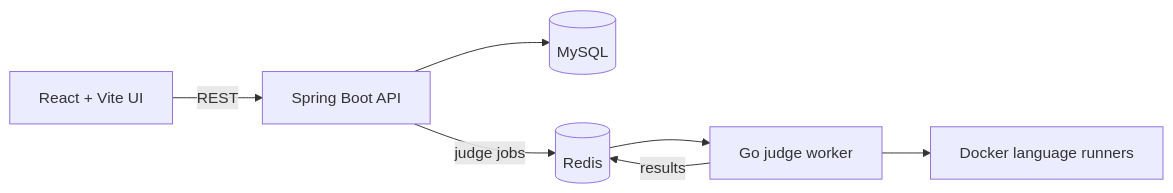
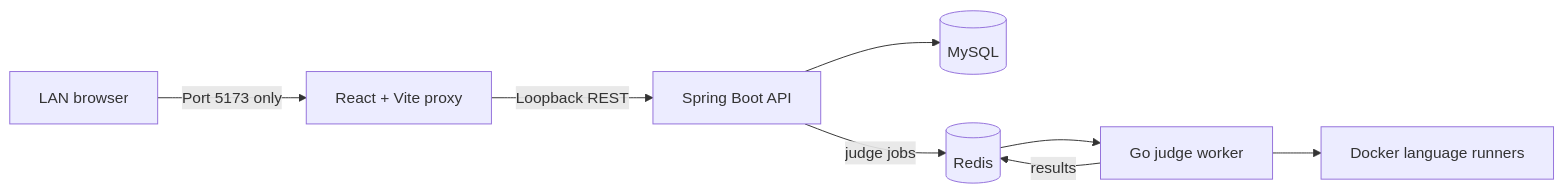
Before and after one commit to Aditya01237/CodeForge: the diagram in README.md, drawn with Mermaid. The commit also changed other lines of this file and 79 other files, not shown here.

````diff
--- a/README.md
+++ b/README.md
@@ -25,9 +29,10 @@
 ```mermaid
 flowchart LR
-    UI[React + Vite UI] -->|REST| API[Spring Boot API]
+    Client[LAN browser] -->|Port 5173 only| UI[React + Vite proxy]
+    UI -->|Loopback REST| API[Spring Boot API]
     API --> DB[(MySQL)]
     API -->|judge jobs| Redis[(Redis)]
     Redis --> Judge[Go judge worker]
     Judge --> Runners[Docker language runners]
     Judge -->|results| Redis
 ```
````
